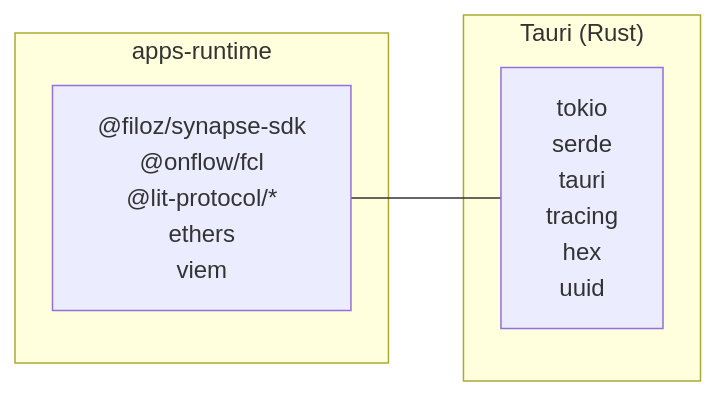
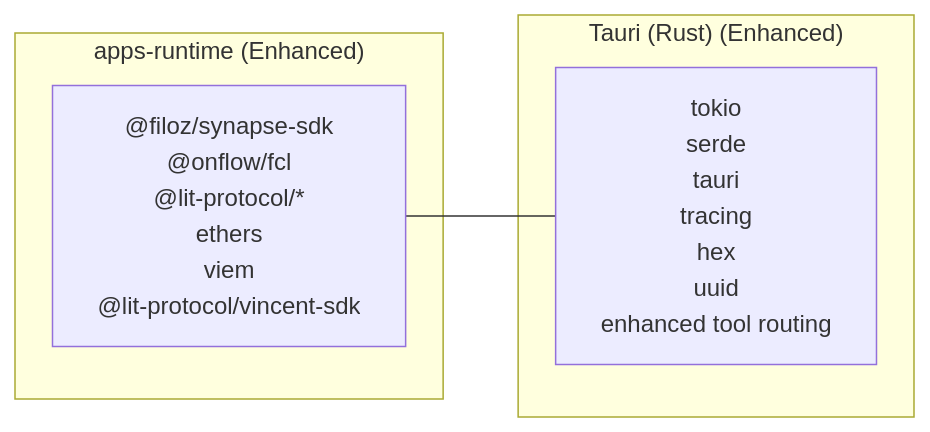
The tenth of 10 diagrams in .qoder/repowiki/en/content/Applications & Extensions/Runtime Providers.md (sanketnighot/shadow-protocol), drawn with Mermaid before and after one commit. The commit also changed other lines of this file and 9 other files, not shown here.

First line of the commit message:
feat: Enhance SHADOW Protocol with new Flow and AI services integration

````diff
--- a/.qoder/repowiki/en/content/Applications & Extensions/Runtime Providers.md
+++ b/.qoder/repowiki/en/content/Applications & Extensions/Runtime Providers.md
@@ -314,10 +458,10 @@
 ```mermaid
 graph LR
-subgraph "apps-runtime"
-TS_DEPS["@filoz/synapse-sdk<br/>@onflow/fcl<br/>@lit-protocol/*<br/>ethers<br/>viem"]
+subgraph "apps-runtime (Enhanced)"
+TS_DEPS["@filoz/synapse-sdk<br/>@onflow/fcl<br/>@lit-protocol/*<br/>ethers<br/>viem<br/>@lit-protocol/vincent-sdk"]
 end
-subgraph "Tauri (Rust)"
-RT_DEPS["tokio<br/>serde<br/>tauri<br/>tracing<br/>hex<br/>uuid"]
+subgraph "Tauri (Rust) (Enhanced)"
+RT_DEPS["tokio<br/>serde<br/>tauri<br/>tracing<br/>hex<br/>uuid<br/>enhanced tool routing"]
 end
 TS_DEPS --- RT_DEPS
 ```
````
